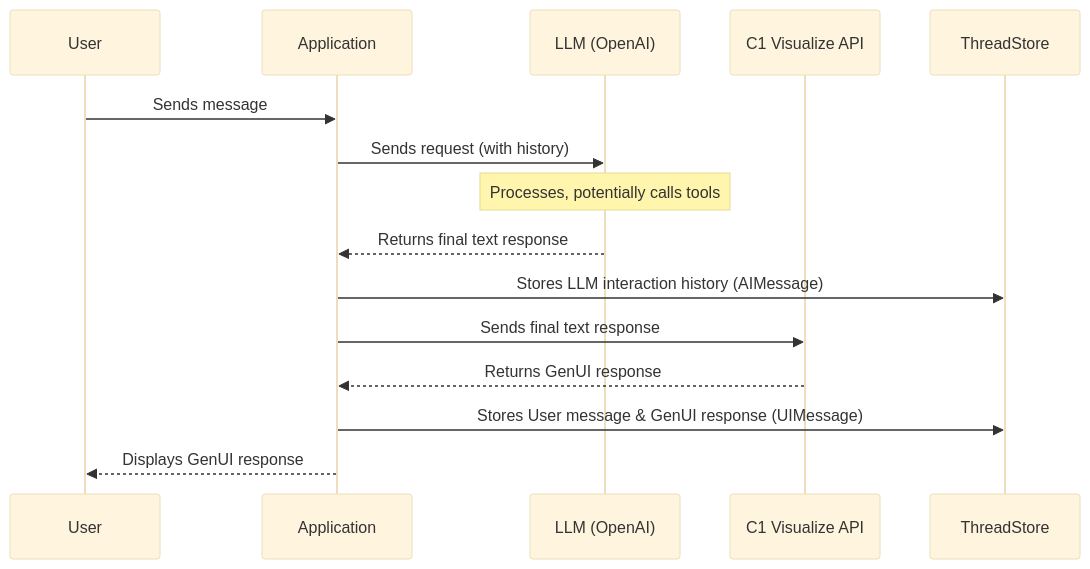
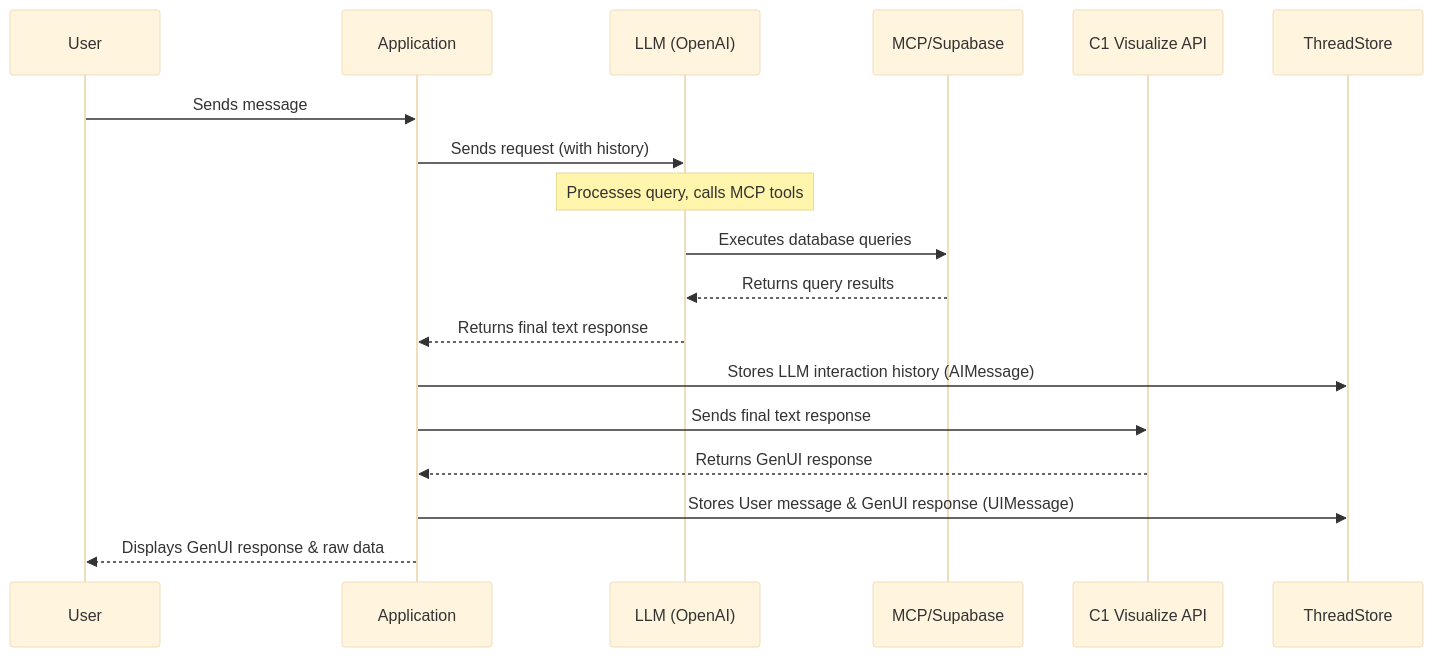
One commit to thesysdev/examples changed the diagram in c1-viz-data/README.md. Above: the diagram before and after it, drawn with Mermaid (base theme). The commit also changed other lines of this file and 2 other files, not shown here.

````diff
--- a/c1-viz-data/README.md
+++ b/c1-viz-data/README.md
@@ -16,18 +18,21 @@
 ```mermaid
 sequenceDiagram
     participant User
     participant Application
     participant LLM (OpenAI)
+    participant MCP/Supabase
     participant C1 Visualize API
     participant ThreadStore
 
     User->>Application: Sends message
     Application->>LLM (OpenAI): Sends request (with history)
-    Note over LLM (OpenAI): Processes, potentially calls tools
+    Note over LLM (OpenAI): Processes query, calls MCP tools
+    LLM (OpenAI)->>MCP/Supabase: Executes database queries
+    MCP/Supabase-->>LLM (OpenAI): Returns query results
     LLM (OpenAI)-->>Application: Returns final text response
     Application->>ThreadStore: Stores LLM interaction history (AIMessage)
     Application->>C1 Visualize API: Sends final text response
     C1 Visualize API-->>Application: Returns GenUI response
     Application->>ThreadStore: Stores User message & GenUI response (UIMessage)
-    Application-->>User: Displays GenUI response
+    Application-->>User: Displays GenUI response & raw data
 ```
````
